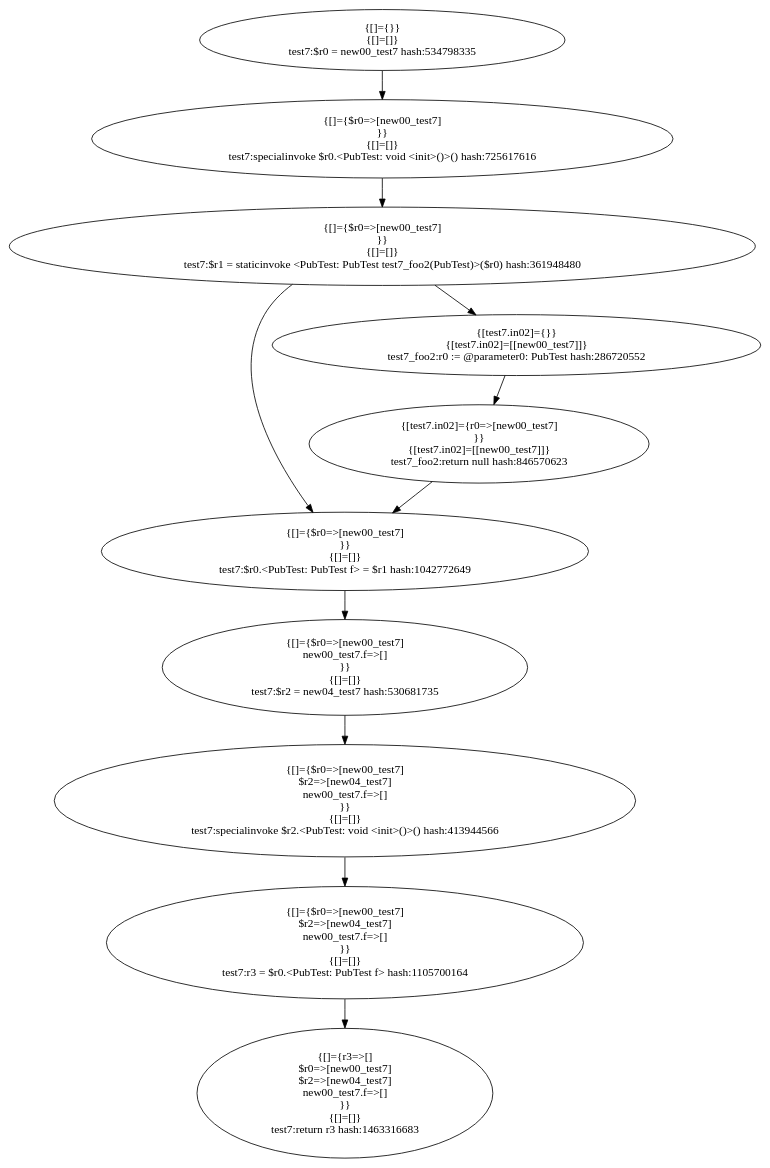
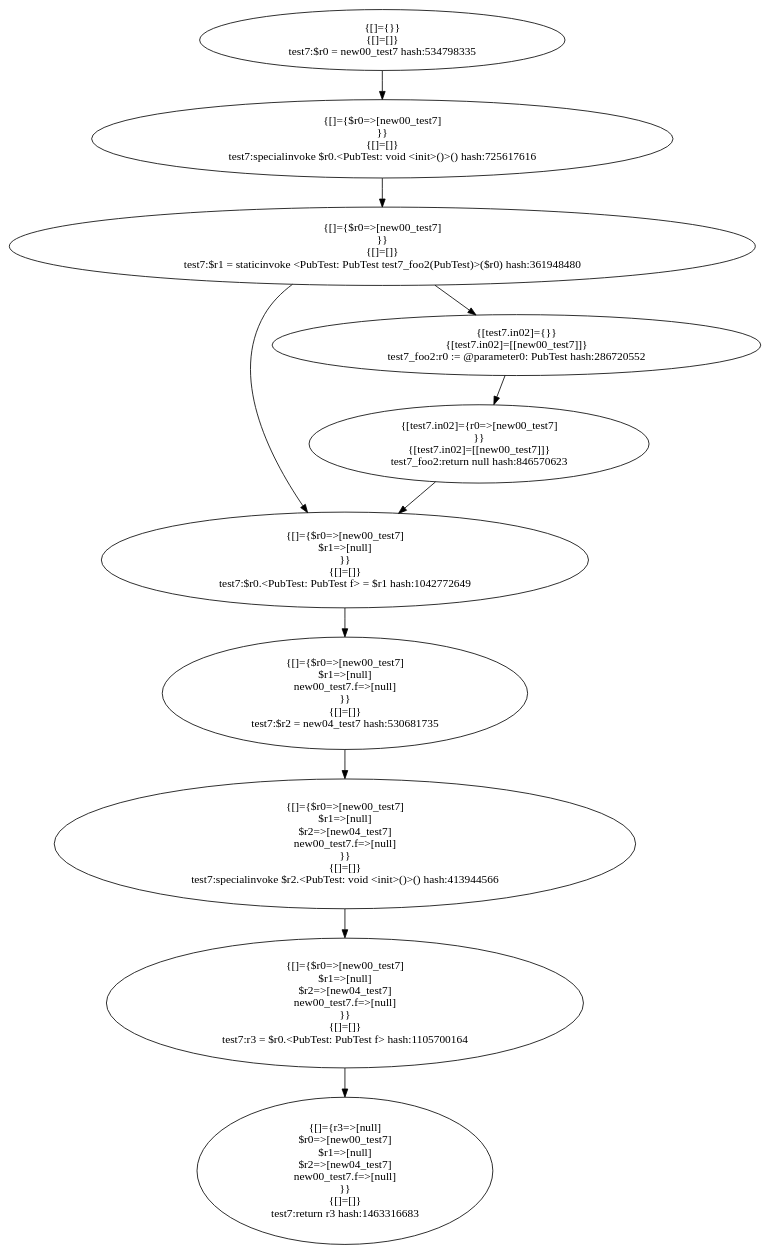
Before and after one commit to khushit-shah/PointsToAnalysisJava: the diagram in target1-pub/PubTest.test7.dot, drawn with Graphviz. The commit also changed 12 other files, not shown here.

```diff
--- a/target1-pub/PubTest.test7.dot
+++ b/target1-pub/PubTest.test7.dot
@@ -1,128 +1,143 @@
 digraph "./target1-pub/PubTest.test7" {
     "{[]={}}
 {[]=[]}
 test7:$r0 = new00_test7 hash:534798335";
     "{[]={$r0=>[new00_test7]
 }}
 {[]=[]}
 test7:specialinvoke $r0.<PubTest: void <init>()>() hash:725617616";
     "{[]={$r0=>[new00_test7]
 }}
 {[]=[]}
 test7:$r1 = staticinvoke <PubTest: PubTest test7_foo2(PubTest)>($r0) hash:361948480";
     "{[]={$r0=>[new00_test7]
+$r1=>[null]
 }}
 {[]=[]}
 test7:$r0.<PubTest: PubTest f> = $r1 hash:1042772649";
     "{[]={$r0=>[new00_test7]
-new00_test7.f=>[]
+$r1=>[null]
+new00_test7.f=>[null]
 }}
 {[]=[]}
 test7:$r2 = new04_test7 hash:530681735";
     "{[]={$r0=>[new00_test7]
+$r1=>[null]
 $r2=>[new04_test7]
-new00_test7.f=>[]
+new00_test7.f=>[null]
 }}
 {[]=[]}
 test7:specialinvoke $r2.<PubTest: void <init>()>() hash:413944566";
     "{[]={$r0=>[new00_test7]
+$r1=>[null]
 $r2=>[new04_test7]
-new00_test7.f=>[]
+new00_test7.f=>[null]
 }}
 {[]=[]}
 test7:r3 = $r0.<PubTest: PubTest f> hash:1105700164";
-    "{[]={r3=>[]
+    "{[]={r3=>[null]
 $r0=>[new00_test7]
+$r1=>[null]
 $r2=>[new04_test7]
-new00_test7.f=>[]
+new00_test7.f=>[null]
 }}
 {[]=[]}
 test7:return r3 hash:1463316683";
     "{[test7.in02]={}}
 {[test7.in02]=[[new00_test7]]}
 test7_foo2:r0 := @parameter0: PubTest hash:286720552";
     "{[test7.in02]={r0=>[new00_test7]
 }}
 {[test7.in02]=[[new00_test7]]}
 test7_foo2:return null hash:846570623";
     "{[]={}}
 {[]=[]}
 test7:$r0 = new00_test7 hash:534798335"->"{[]={$r0=>[new00_test7]
 }}
 {[]=[]}
 test7:specialinvoke $r0.<PubTest: void <init>()>() hash:725617616";
     "{[]={$r0=>[new00_test7]
 }}
 {[]=[]}
 test7:specialinvoke $r0.<PubTest: void <init>()>() hash:725617616"->"{[]={$r0=>[new00_test7]
 }}
 {[]=[]}
 test7:$r1 = staticinvoke <PubTest: PubTest test7_foo2(PubTest)>($r0) hash:361948480";
     "{[]={$r0=>[new00_test7]
 }}
 {[]=[]}
-test7:$r1 = staticinvoke <PubTest: PubTest test7_foo2(PubTest)>($r0) hash:361948480"->"{[]={$r0=>[new00_test7]
-}}
-{[]=[]}
-test7:$r0.<PubTest: PubTest f> = $r1 hash:1042772649";
-    "{[]={$r0=>[new00_test7]
-}}
-{[]=[]}
 test7:$r1 = staticinvoke <PubTest: PubTest test7_foo2(PubTest)>($r0) hash:361948480"->"{[test7.in02]={}}
 {[test7.in02]=[[new00_test7]]}
 test7_foo2:r0 := @parameter0: PubTest hash:286720552";
     "{[]={$r0=>[new00_test7]
 }}
 {[]=[]}
+test7:$r1 = staticinvoke <PubTest: PubTest test7_foo2(PubTest)>($r0) hash:361948480"->"{[]={$r0=>[new00_test7]
+$r1=>[null]
+}}
+{[]=[]}
+test7:$r0.<PubTest: PubTest f> = $r1 hash:1042772649";
+    "{[]={$r0=>[new00_test7]
+$r1=>[null]
+}}
+{[]=[]}
 test7:$r0.<PubTest: PubTest f> = $r1 hash:1042772649"->"{[]={$r0=>[new00_test7]
-new00_test7.f=>[]
+$r1=>[null]
+new00_test7.f=>[null]
 }}
 {[]=[]}
 test7:$r2 = new04_test7 hash:530681735";
     "{[]={$r0=>[new00_test7]
-new00_test7.f=>[]
+$r1=>[null]
+new00_test7.f=>[null]
 }}
 {[]=[]}
 test7:$r2 = new04_test7 hash:530681735"->"{[]={$r0=>[new00_test7]
+$r1=>[null]
 $r2=>[new04_test7]
-new00_test7.f=>[]
+new00_test7.f=>[null]
 }}
 {[]=[]}
 test7:specialinvoke $r2.<PubTest: void <init>()>() hash:413944566";
     "{[]={$r0=>[new00_test7]
+$r1=>[null]
 $r2=>[new04_test7]
-new00_test7.f=>[]
+new00_test7.f=>[null]
 }}
 {[]=[]}
 test7:specialinvoke $r2.<PubTest: void <init>()>() hash:413944566"->"{[]={$r0=>[new00_test7]
+$r1=>[null]
 $r2=>[new04_test7]
-new00_test7.f=>[]
+new00_test7.f=>[null]
 }}
 {[]=[]}
 test7:r3 = $r0.<PubTest: PubTest f> hash:1105700164";
     "{[]={$r0=>[new00_test7]
+$r1=>[null]
 $r2=>[new04_test7]
-new00_test7.f=>[]
+new00_test7.f=>[null]
 }}
 {[]=[]}
-test7:r3 = $r0.<PubTest: PubTest f> hash:1105700164"->"{[]={r3=>[]
+test7:r3 = $r0.<PubTest: PubTest f> hash:1105700164"->"{[]={r3=>[null]
 $r0=>[new00_test7]
+$r1=>[null]
 $r2=>[new04_test7]
-new00_test7.f=>[]
+new00_test7.f=>[null]
 }}
 {[]=[]}
 test7:return r3 hash:1463316683";
     "{[test7.in02]={}}
 {[test7.in02]=[[new00_test7]]}
 test7_foo2:r0 := @parameter0: PubTest hash:286720552"->"{[test7.in02]={r0=>[new00_test7]
 }}
 {[test7.in02]=[[new00_test7]]}
 test7_foo2:return null hash:846570623";
     "{[test7.in02]={r0=>[new00_test7]
 }}
 {[test7.in02]=[[new00_test7]]}
 test7_foo2:return null hash:846570623"->"{[]={$r0=>[new00_test7]
+$r1=>[null]
 }}
 {[]=[]}
 test7:$r0.<PubTest: PubTest f> = $r1 hash:1042772649";
 }
```
